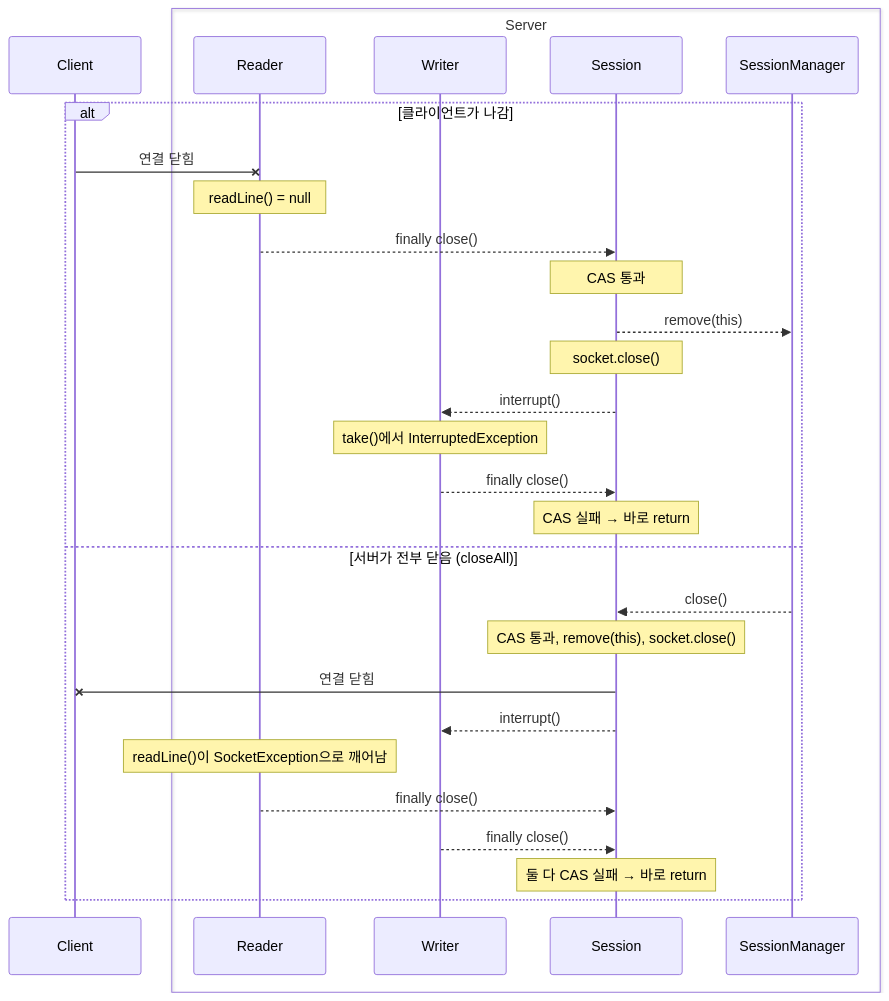
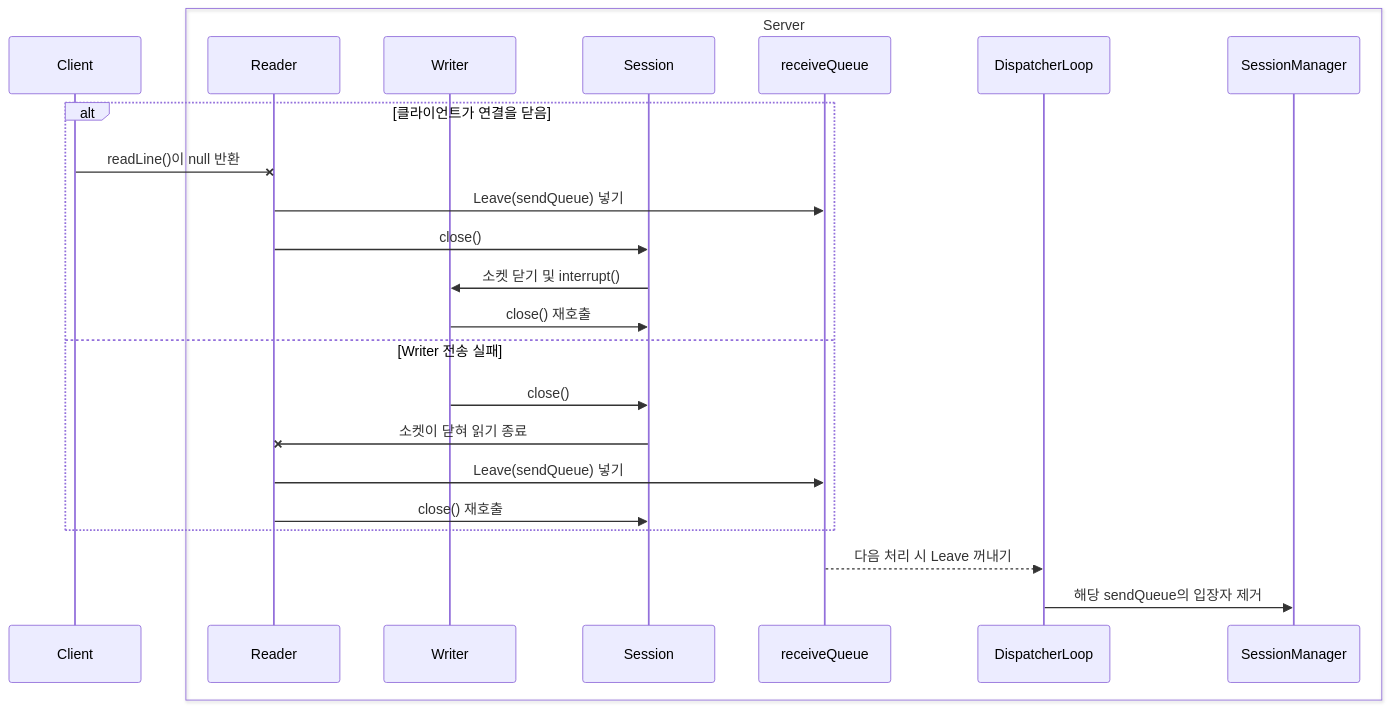
Before and after one commit to networkMinigame/minigame: the diagram in docs/thread-diagram/v1/session.md, drawn with Mermaid. The commit also changed other lines of this file and 14 other files, not shown here.

````diff
--- a/docs/thread-diagram/v1/session.md
+++ b/docs/thread-diagram/v1/session.md
@@ -16,32 +16,28 @@
 ```mermaid
 sequenceDiagram
     participant C as Client
     box Server
         participant R as Reader
         participant W as Writer
         participant S as Session
+        participant Q as receiveQueue
+        participant L as DispatcherLoop
         participant M as SessionManager
     end
 
-    alt 클라이언트가 나감
-        C-xR: 연결 닫힘
-        Note over R: readLine() = null
-        R-->>S: finally close()
-        Note over S: CAS 통과
-        S-->>M: remove(this)
-        Note over S: socket.close()
-        S-->>W: interrupt()
-        Note over W: take()에서 InterruptedException
-        W-->>S: finally close()
-        Note over S: CAS 실패 → 바로 return
-    else 서버가 전부 닫음 (closeAll)
-        M-->>S: close()
-        Note over S: CAS 통과, remove(this), socket.close()
-        S-xC: 연결 닫힘
-        S-->>W: interrupt()
-        Note over R: readLine()이 SocketException으로 깨어남
-        R-->>S: finally close()
-        W-->>S: finally close()
-        Note over S: 둘 다 CAS 실패 → 바로 return
+    alt 클라이언트가 연결을 닫음
+        C-xR: readLine()이 null 반환
+        R->>Q: Leave(sendQueue) 넣기
+        R->>S: close()
+        S->>W: 소켓 닫기 및 interrupt()
+        W->>S: close() 재호출
+    else Writer 전송 실패
+        W->>S: close()
+        S-xR: 소켓이 닫혀 읽기 종료
+        R->>Q: Leave(sendQueue) 넣기
+        R->>S: close() 재호출
     end
+
+    Q-->>L: 다음 처리 시 Leave 꺼내기
+    L->>M: 해당 sendQueue의 입장자 제거
 ```
````
